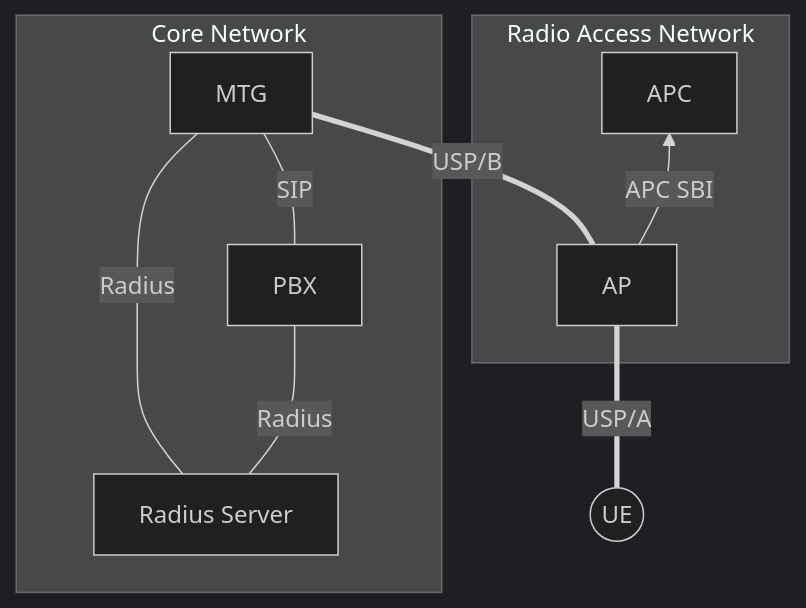
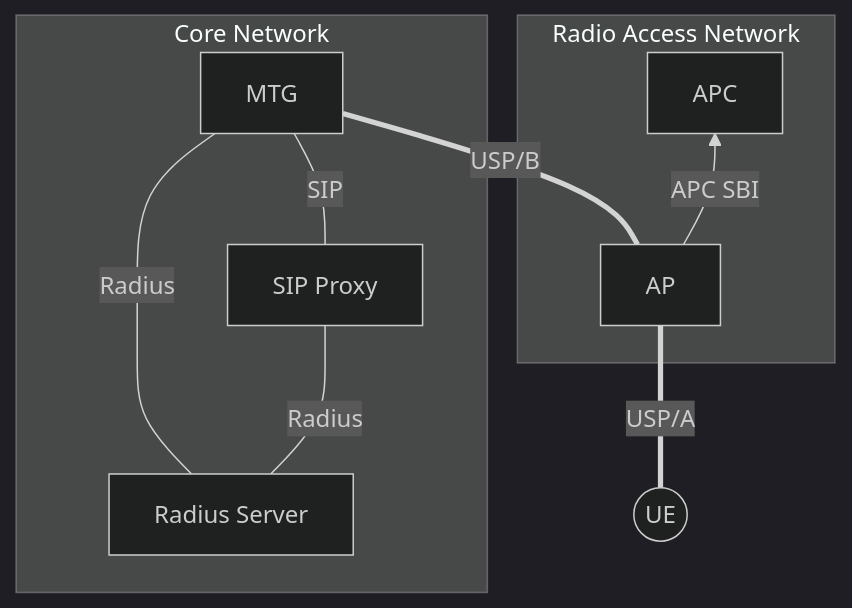
The diagram in docs/architecture.md (samuelh2005/cc-telecom), drawn with Mermaid (dark theme) before and after one commit. The commit also changed other lines of this file, not shown here.

Commit message:
docs; replace PBX with a minimal sip proxy and refine MTG definition

````diff
--- a/docs/architecture.md
+++ b/docs/architecture.md
@@ -19,24 +19,24 @@
 ```mermaid
 flowchart BT
     UE((UE))
 
     subgraph "Radio Access Network"
         AP[AP]
         APC[APC]
 
         AP --> |"APC SBI"| APC
     end
 
     subgraph "Core Network"
         RS["Radius Server"]
-        PBX[PBX]
+        SIP["SIP Proxy"]
         MTG[MTG]
         
         RS --- |"Radius"| MTG
-        RS --- |"Radius"| PBX
-        PBX --- |"SIP"| MTG
+        RS --- |"Radius"| SIP
+        SIP --- |"SIP"| MTG
     end
     
     AP === |"USP/B"| MTG
     UE === |"USP/A"| AP
 ```
````
